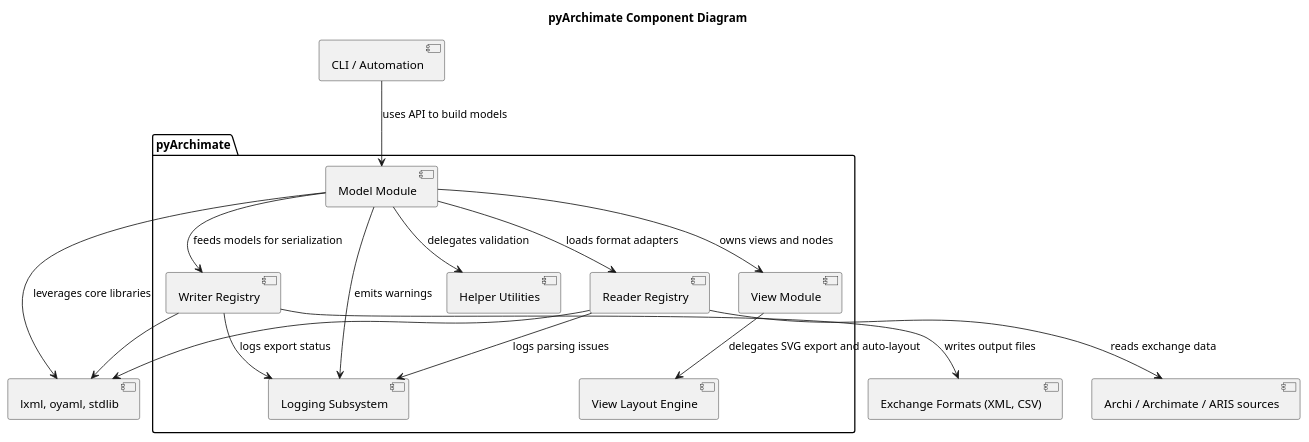
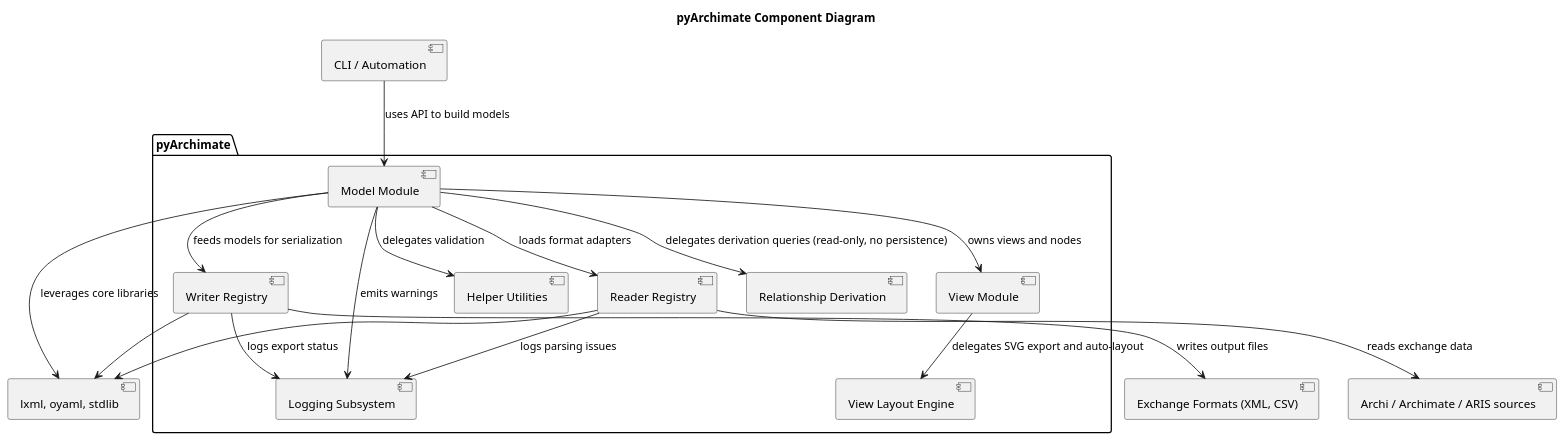
The diagram in docs/diagrams/component.puml (pyArchimate/pyArchimate), drawn with PlantUML before and after one commit. The commit also changed 22 other files, not shown here.

Commit message:
docs: regenerate diagrams, AI.md, tutorial, and specs pre-release

```diff
--- a/docs/diagrams/component.puml
+++ b/docs/diagrams/component.puml
@@ -1,32 +1,34 @@
 @startuml
 title pyArchimate Component Diagram
 
 package "pyArchimate" {
   component "Model Module" as ModelMod
+  component "Relationship Derivation" as Derivation
   component "View Module" as ViewMod
   component "View Layout Engine" as LayoutEngine
   component "Reader Registry" as ReaderRegistry
   component "Writer Registry" as WriterRegistry
   component "Helper Utilities" as Helpers
   component "Logging Subsystem" as Logging
 }
 component "CLI / Automation" as CLI
 component "Archi / Archimate / ARIS sources" as Sources
 component "Exchange Formats (XML, CSV)" as Exports
 component "lxml, oyaml, stdlib" as Dependencies
 
 CLI --> ModelMod : uses API to build models
+ModelMod --> Derivation : delegates derivation queries (read-only, no persistence)
 ModelMod --> ViewMod : owns views and nodes
 ViewMod --> LayoutEngine : delegates SVG export and auto-layout
 ModelMod --> ReaderRegistry : loads format adapters
 ModelMod --> WriterRegistry : feeds models for serialization
 ModelMod --> Helpers : delegates validation
 ModelMod --> Logging : emits warnings
 ReaderRegistry --> Logging : logs parsing issues
 WriterRegistry --> Logging : logs export status
 ReaderRegistry --> Sources : reads exchange data
 WriterRegistry --> Exports : writes output files
 ModelMod --> Dependencies : leverages core libraries
 ReaderRegistry --> Dependencies
 WriterRegistry --> Dependencies
 @enduml
```
